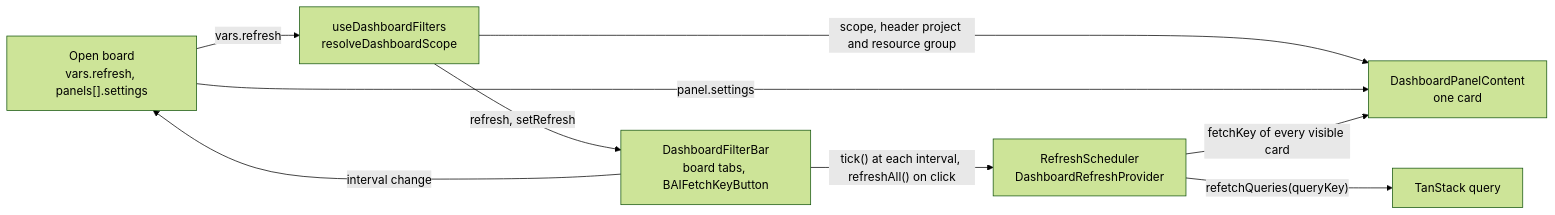
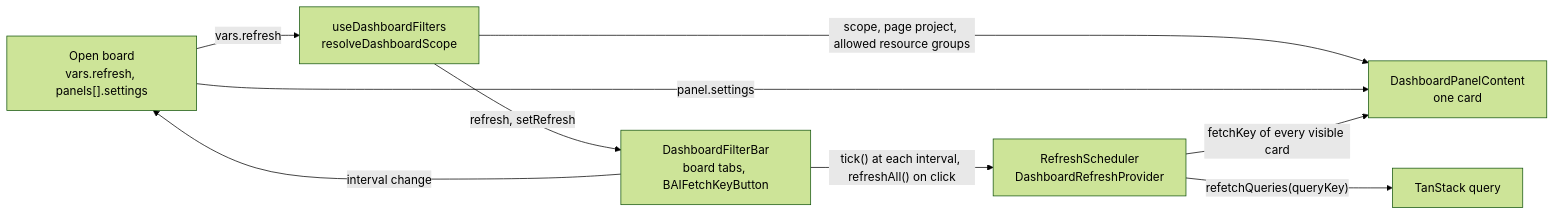
One commit to lablup/backend.ai-webui changed the first of 2 diagrams in docs/adr/0027-dashboard-filter-bar.md. Above: the diagram before and after it, drawn with Mermaid (forest theme). The commit also changed other lines of this file and 109 other files, not shown here.

````diff
--- a/docs/adr/0027-dashboard-filter-bar.md
+++ b/docs/adr/0027-dashboard-filter-bar.md
@@ -26,17 +27,17 @@
 ```mermaid
 flowchart LR
   board["Open board<br/>vars.refresh, panels[].settings"]
   hook["useDashboardFilters<br/>resolveDashboardScope"]
   bar["DashboardFilterBar<br/>board tabs, BAIFetchKeyButton"]
   sched["RefreshScheduler<br/>DashboardRefreshProvider"]
   content["DashboardPanelContent<br/>one card"]
   tan["TanStack query"]
   board -- "vars.refresh" --> hook
   hook -- "refresh, setRefresh" --> bar
   bar -- "interval change" --> board
   bar -- "tick() at each interval, refreshAll() on click" --> sched
-  hook -- "scope, header project and resource group" --> content
+  hook -- "scope, page project, allowed resource groups" --> content
   board -- "panel.settings" --> content
   sched -- "fetchKey of every visible card" --> content
   sched -- "refetchQueries(queryKey)" --> tan
 ```
````
